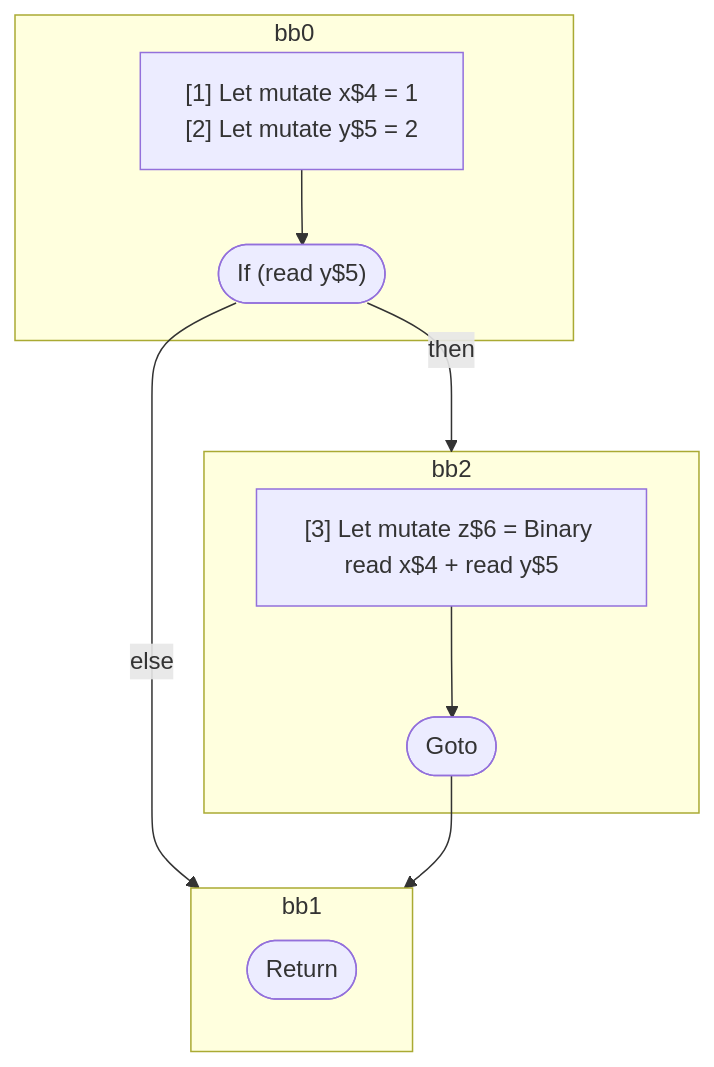
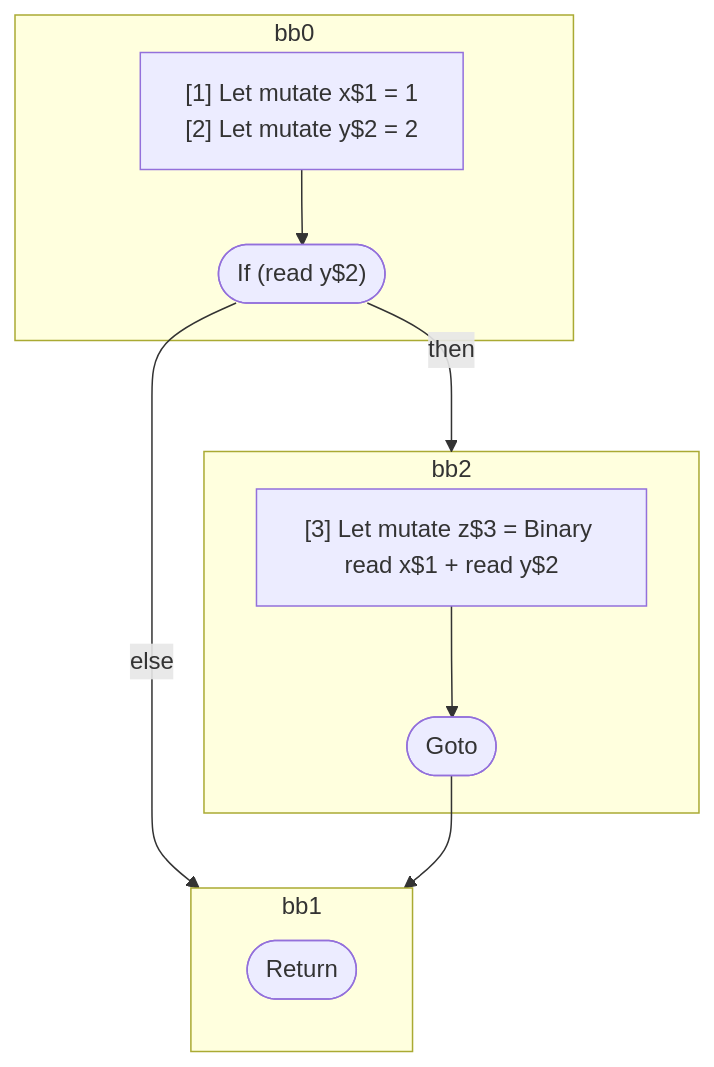
One commit to wutsmog/private changed the diagram in compiler/forget/src/__tests__/fixtures/hir/ssa-single-if.expect.md. Above: the diagram before and after it, drawn with Mermaid. The commit also changed other lines of this file and 57 other files, not shown here.

````diff
--- a/compiler/forget/src/__tests__/fixtures/hir/ssa-single-if.expect.md
+++ b/compiler/forget/src/__tests__/fixtures/hir/ssa-single-if.expect.md
@@ -34,26 +34,26 @@
 ```mermaid
 flowchart TB
   %% Basic Blocks
   subgraph bb0
     bb0_instrs["
-      [1] Let mutate x$4 = 1
-      [2] Let mutate y$5 = 2
+      [1] Let mutate x$1 = 1
+      [2] Let mutate y$2 = 2
     "]
-    bb0_instrs --> bb0_terminal(["If (read y$5)"])
+    bb0_instrs --> bb0_terminal(["If (read y$2)"])
   end
   subgraph bb2
     bb2_instrs["
-      [3] Let mutate z$6 = Binary read x$4 + read y$5
+      [3] Let mutate z$3 = Binary read x$1 + read y$2
     "]
     bb2_instrs --> bb2_terminal(["Goto"])
   end
   subgraph bb1
     bb1_terminal(["Return"])
   end
 
   %% Jumps
   bb0_terminal -- then --> bb2
   bb0_terminal -- else --> bb1
   bb2_terminal --> bb1
 
 ```
````
